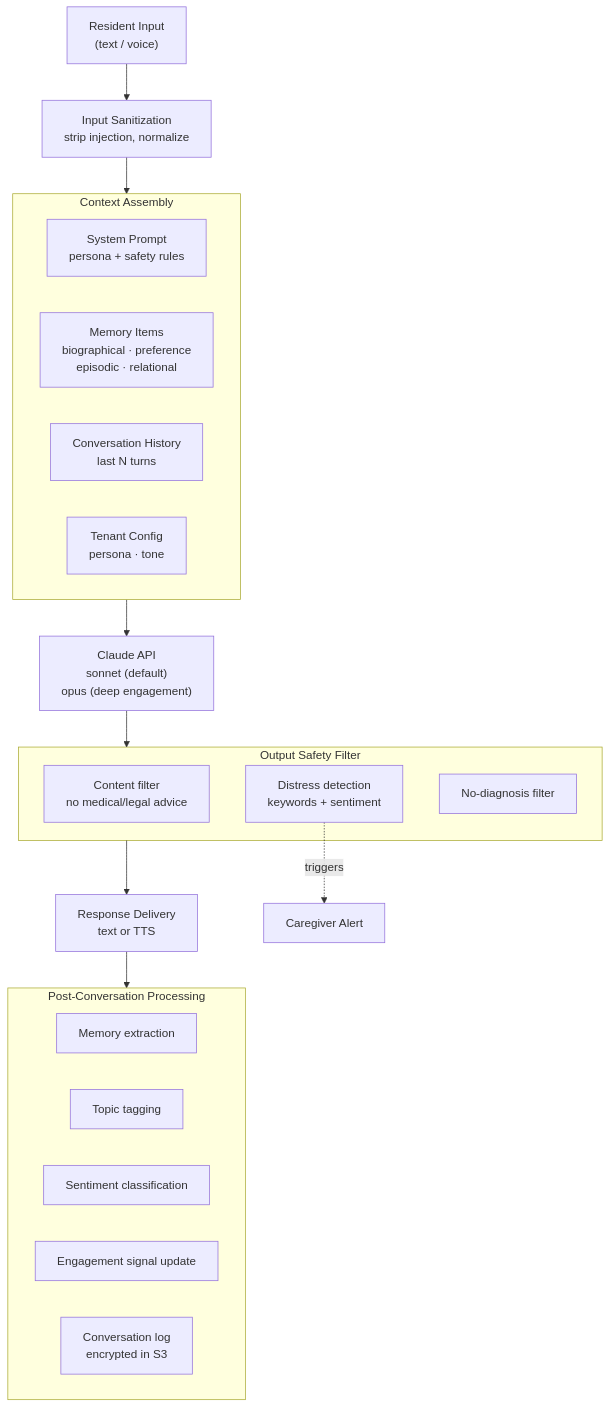
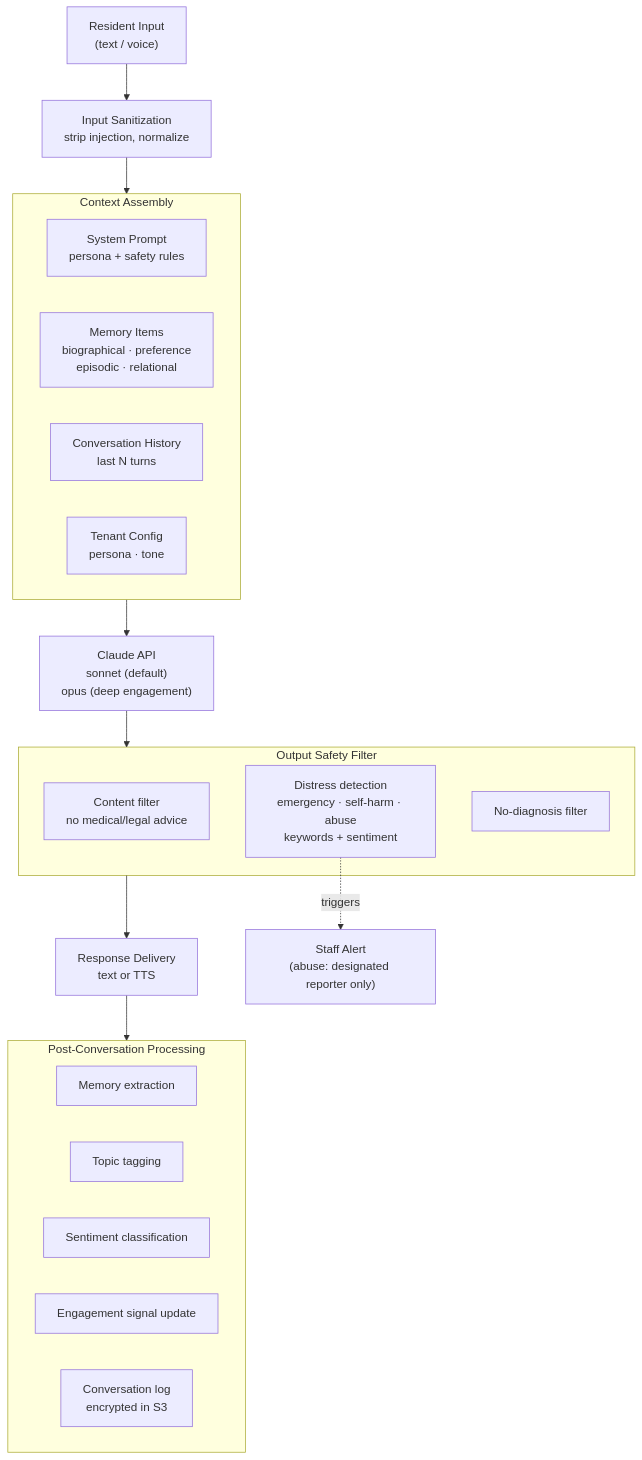
One commit to dougdevitre/access-for-seniors changed the diagram in references/conversation-engine.md. Above: the diagram before and after it, drawn with Mermaid. The commit also changed other lines of this file and 14 other files, not shown here.

````diff
--- a/references/conversation-engine.md
+++ b/references/conversation-engine.md
@@ -5,33 +5,33 @@
 ```mermaid
 flowchart TD
     Input["Resident Input<br/>(text / voice)"]
     Sanitize["Input Sanitization<br/>strip injection, normalize"]
 
     subgraph Assembly["Context Assembly"]
         SysPrompt["System Prompt<br/>persona + safety rules"]
         Memory["Memory Items<br/>biographical · preference<br/>episodic · relational"]
         History["Conversation History<br/>last N turns"]
         Tenant["Tenant Config<br/>persona · tone"]
     end
 
     Claude["Claude API<br/>sonnet (default)<br/>opus (deep engagement)"]
 
     subgraph Safety["Output Safety Filter"]
         Content["Content filter<br/>no medical/legal advice"]
-        Distress["Distress detection<br/>keywords + sentiment"]
+        Distress["Distress detection<br/>emergency · self-harm · abuse<br/>keywords + sentiment"]
         Diagnosis["No-diagnosis filter"]
     end
 
     Deliver["Response Delivery<br/>text or TTS"]
 
     subgraph Post["Post-Conversation Processing"]
         Extract["Memory extraction"]
         Topics["Topic tagging"]
         Sentiment["Sentiment classification"]
         Engagement["Engagement signal update"]
         Log["Conversation log<br/>encrypted in S3"]
     end
 
     Input --> Sanitize --> Assembly --> Claude --> Safety --> Deliver --> Post
-    Distress -. "triggers" .-> Alert["Caregiver Alert"]
+    Distress -. "triggers" .-> Alert["Staff Alert<br/>(abuse: designated reporter only)"]
 ```
````
